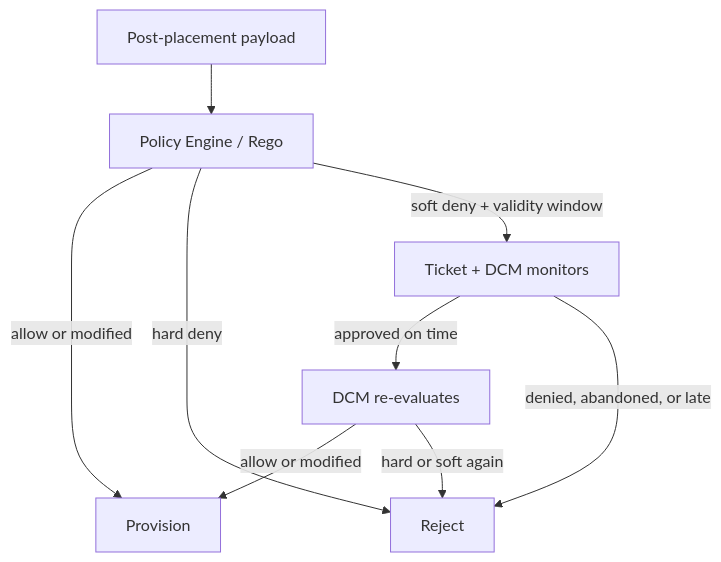
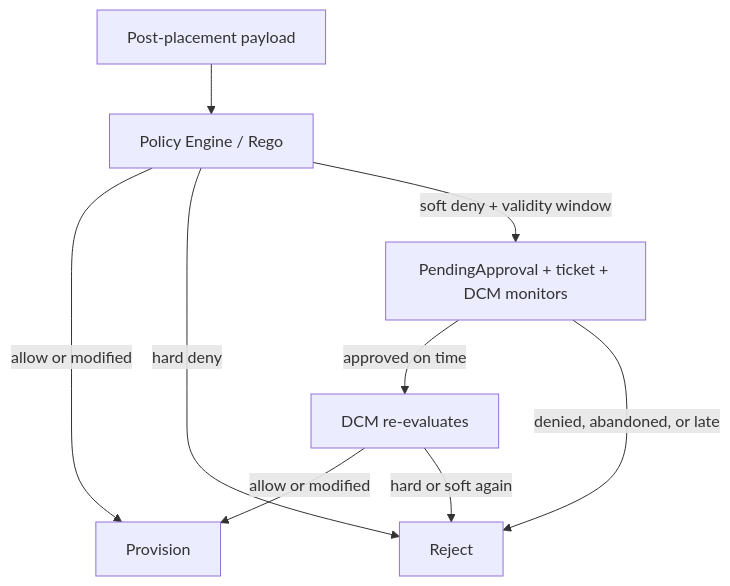
One commit to dcm-project/enhancements changed the first of 3 diagrams in enhancements/request-approval/request-approval.md. Above: the diagram before and after it, drawn with Mermaid. The commit also changed other lines of this file and 1 other file, not shown here.

Commit message:
Name the wait status PendingApproval; PM sets it.

````diff
--- a/enhancements/request-approval/request-approval.md
+++ b/enhancements/request-approval/request-approval.md
@@ -255,11 +258,11 @@
 ```mermaid
 flowchart TD
   A[Post-placement payload] --> B[Policy Engine / Rego]
   B -->|allow or modified| C[Provision]
   B -->|hard deny| D[Reject]
-  B -->|soft deny + validity window| E[Ticket + DCM monitors]
+  B -->|soft deny + validity window| E[PendingApproval + ticket + DCM monitors]
   E -->|approved on time| F[DCM re-evaluates]
   F -->|allow or modified| C
   F -->|hard or soft again| D
   E -->|denied, abandoned, or late| D
 ```
````
